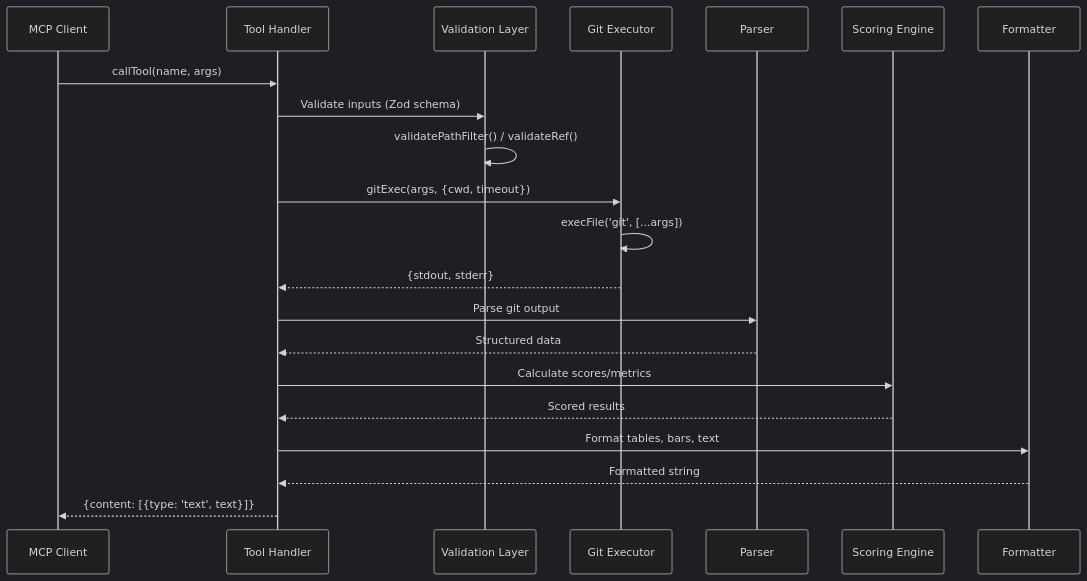
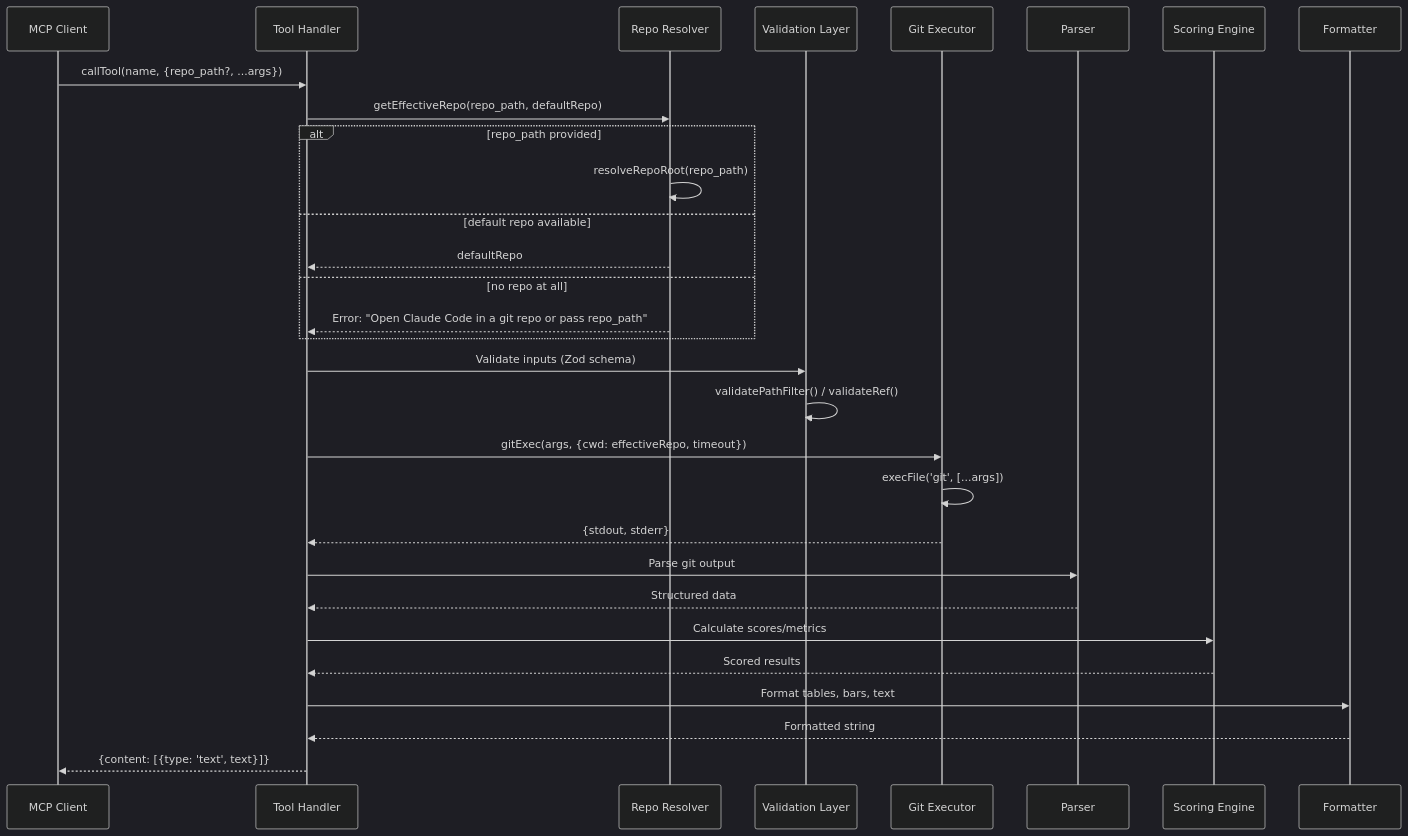
Before and after one commit to hoangsonww/GitIntel-MCP-Server: the second of 10 diagrams in ARCHITECTURE.md, drawn with Mermaid (dark theme). The commit also changed other lines of this file and 16 other files, not shown here.

First line of the commit message:
feat(mcp): resilient startup, per-call repo_path, hotspots fix, and comprehensive docs

````diff
--- a/ARCHITECTURE.md
+++ b/ARCHITECTURE.md
@@ -55,24 +55,33 @@
 ```mermaid
 sequenceDiagram
     participant C as MCP Client
     participant S as Tool Handler
+    participant R as Repo Resolver
     participant V as Validation Layer
     participant G as Git Executor
     participant P as Parser
     participant Sc as Scoring Engine
     participant F as Formatter
 
-    C->>S: callTool(name, args)
+    C->>S: callTool(name, {repo_path?, ...args})
+    S->>R: getEffectiveRepo(repo_path, defaultRepo)
+    alt repo_path provided
+        R->>R: resolveRepoRoot(repo_path)
+    else default repo available
+        R-->>S: defaultRepo
+    else no repo at all
+        R-->>S: Error: "Open Claude Code in a git repo or pass repo_path"
+    end
     S->>V: Validate inputs (Zod schema)
     V->>V: validatePathFilter() / validateRef()
-    S->>G: gitExec(args, {cwd, timeout})
+    S->>G: gitExec(args, {cwd: effectiveRepo, timeout})
     G->>G: execFile('git', [...args])
     G-->>S: {stdout, stderr}
     S->>P: Parse git output
     P-->>S: Structured data
     S->>Sc: Calculate scores/metrics
     Sc-->>S: Scored results
     S->>F: Format tables, bars, text
     F-->>S: Formatted string
     S-->>C: {content: [{type: 'text', text}]}
 ```
````
